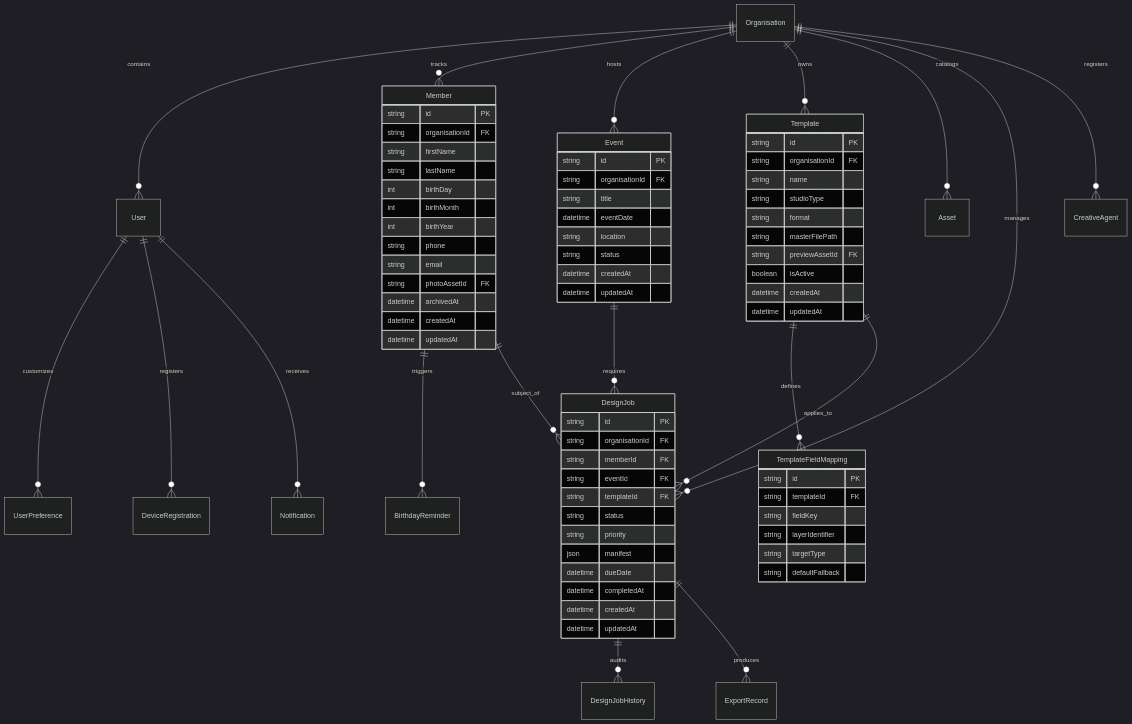
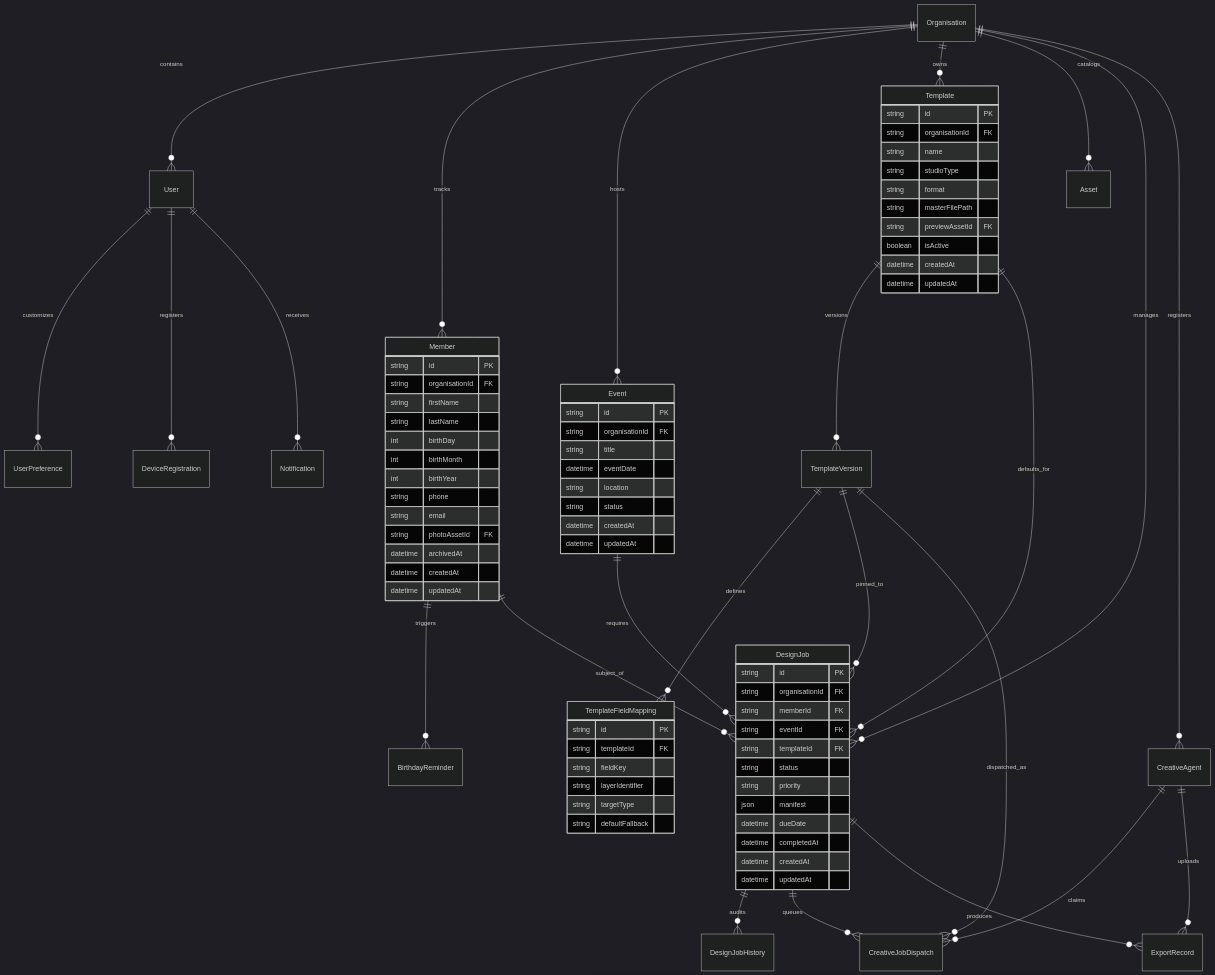
Before and after one commit to FOLISOLOMON/crelune: the diagram in docs/DATABASE_DESIGN.md, drawn with Mermaid (dark theme). The commit also changed other lines of this file and 20 other files, not shown here.

Commit message:
feat: add milestone 5.1 schema, creative bucket guards, and contracts

```diff
--- a/docs/DATABASE_DESIGN.md
+++ b/docs/DATABASE_DESIGN.md
@@ -47,10 +47,17 @@
 
     Event ||--o{ DesignJob : "requires"
 
-    Template ||--o{ TemplateFieldMapping : "defines"
-    Template ||--o{ DesignJob : "applies_to"
+    Template ||--o{ TemplateVersion : "versions"
+    Template ||--o{ DesignJob : "defaults_for"
+    TemplateVersion ||--o{ TemplateFieldMapping : "defines"
+    TemplateVersion ||--o{ DesignJob : "pinned_to"
+    TemplateVersion ||--o{ CreativeJobDispatch : "dispatched_as"
+
+    CreativeAgent ||--o{ CreativeJobDispatch : "claims"
+    CreativeAgent ||--o{ ExportRecord : "uploads"
 
     DesignJob ||--o{ DesignJobHistory : "audits"
+    DesignJob ||--o{ CreativeJobDispatch : "queues"
     DesignJob ||--o{ ExportRecord : "produces"
 
     Member {
```
